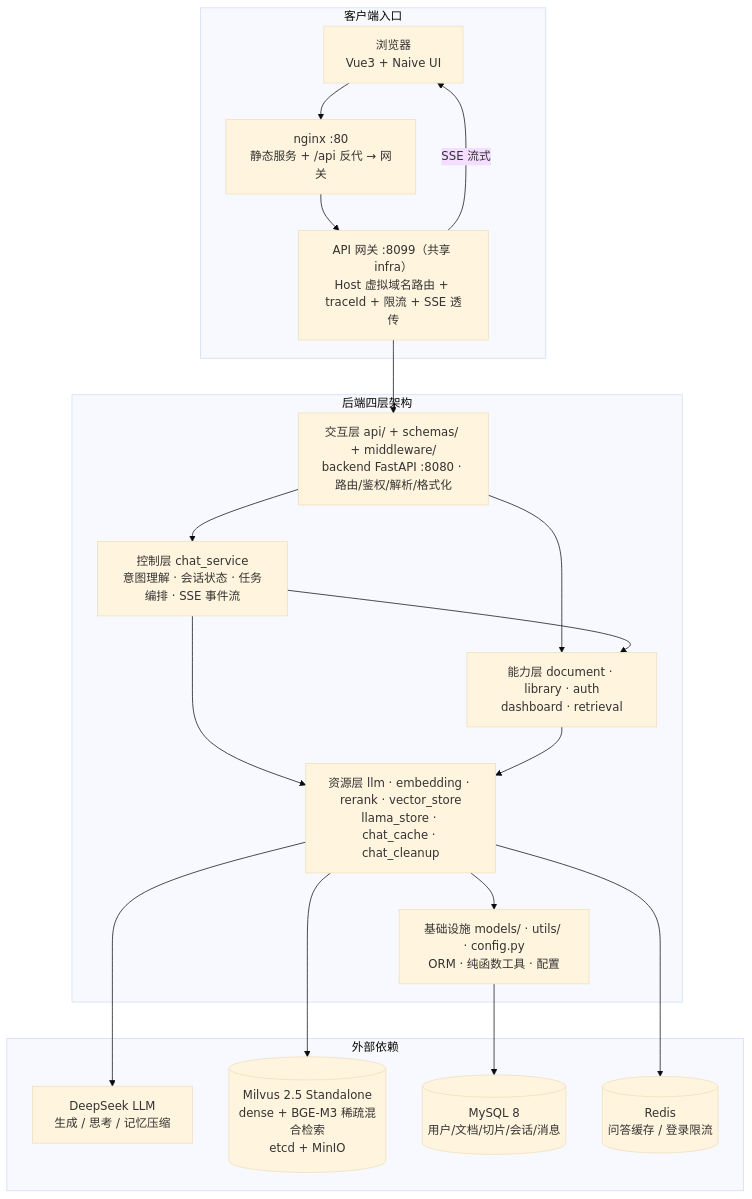
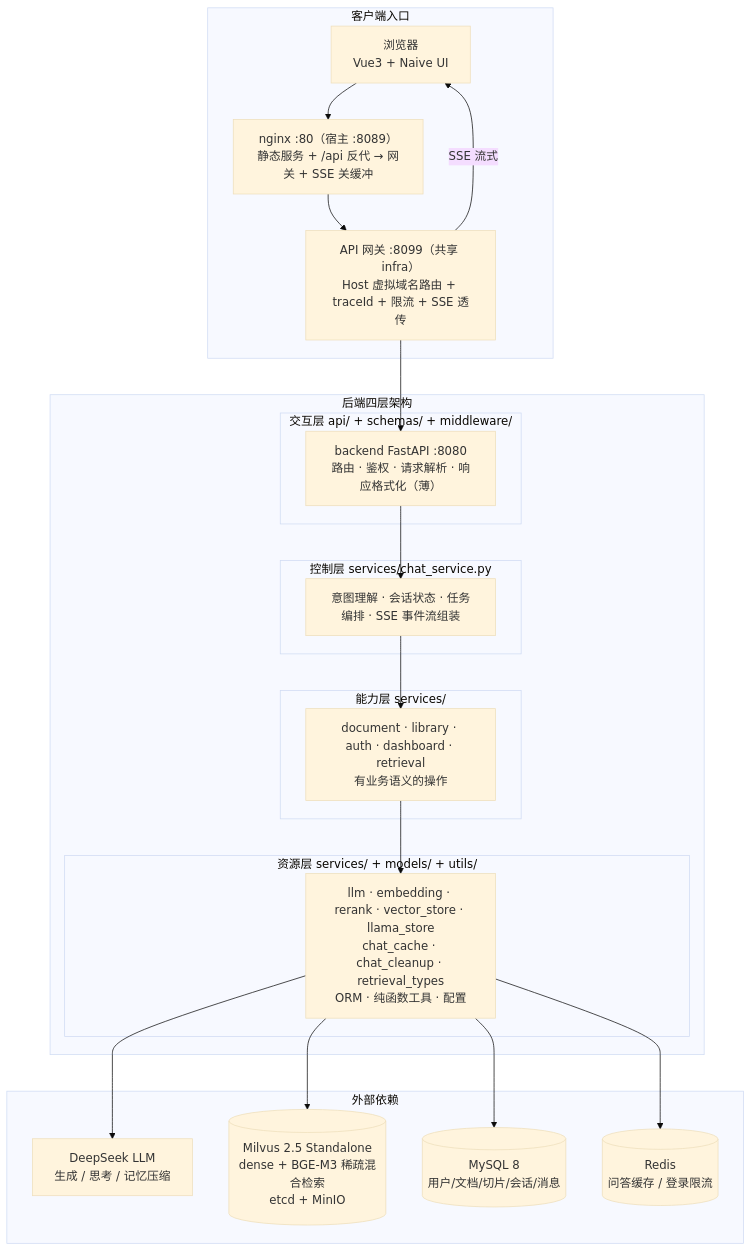
One commit to zhanggy1984/good-question changed the diagram in README.md. Above: the diagram before and after it, drawn with Mermaid (base theme). The commit also changed other lines of this file, not shown here.

````diff
--- a/README.md
+++ b/README.md
@@ -53,36 +52,40 @@
 ```mermaid
 graph TB
     subgraph 客户端入口
         WEB["浏览器<br/>Vue3 + Naive UI"]
-        NGINX["nginx :80<br/>静态服务 + /api 反代 → 网关"]
+        NGINX["nginx :80（宿主 :8089）<br/>静态服务 + /api 反代 → 网关 + SSE 关缓冲"]
         GATEWAY["API 网关 :8099（共享 infra）<br/>Host 虚拟域名路由 + traceId + 限流 + SSE 透传"]
     end
     subgraph 后端四层架构
-        L1["交互层 api/ + schemas/ + middleware/<br/>backend FastAPI :8080 · 路由/鉴权/解析/格式化"]
-        L2["控制层 chat_service<br/>意图理解 · 会话状态 · 任务编排 · SSE 事件流"]
-        L3["能力层 document · library · auth<br/>dashboard · retrieval"]
-        L4["资源层 llm · embedding · rerank · vector_store<br/>llama_store · chat_cache · chat_cleanup"]
-        L5["基础设施 models/ · utils/ · config.py<br/>ORM · 纯函数工具 · 配置"]
+        subgraph 交互层["交互层 api/ + schemas/ + middleware/"]
+            L1["backend FastAPI :8080<br/>路由 · 鉴权 · 请求解析 · 响应格式化（薄）"]
+        end
+        subgraph 控制层["控制层 services/chat_service.py"]
+            L2["意图理解 · 会话状态 · 任务编排 · SSE 事件流组装"]
+        end
+        subgraph 能力层["能力层 services/"]
+            L3["document · library · auth · dashboard · retrieval<br/>有业务语义的操作"]
+        end
+        subgraph 资源层["资源层 services/ + models/ + utils/"]
+            L4["llm · embedding · rerank · vector_store · llama_store<br/>chat_cache · chat_cleanup · retrieval_types<br/>ORM · 纯函数工具 · 配置"]
+        end
     end
     subgraph 外部依赖
         DS["DeepSeek LLM<br/>生成 / 思考 / 记忆压缩"]
         MILVUS[(Milvus 2.5 Standalone<br/>dense + BGE-M3 稀疏混合检索<br/>etcd + MinIO)]
         MYSQL[(MySQL 8<br/>用户/文档/切片/会话/消息)]
         REDIS[(Redis<br/>问答缓存 / 登录限流)]
     end
 
     WEB --> NGINX
     NGINX --> GATEWAY
     GATEWAY -- SSE 流式 --> WEB
     GATEWAY --> L1
     L1 --> L2
-    L1 --> L3
     L2 --> L3
-    L2 --> L4
     L3 --> L4
-    L4 --> L5
     L4 --> DS
     L4 --> MILVUS
-    L5 --> MYSQL
+    L4 --> MYSQL
     L4 --> REDIS
 ```
````
